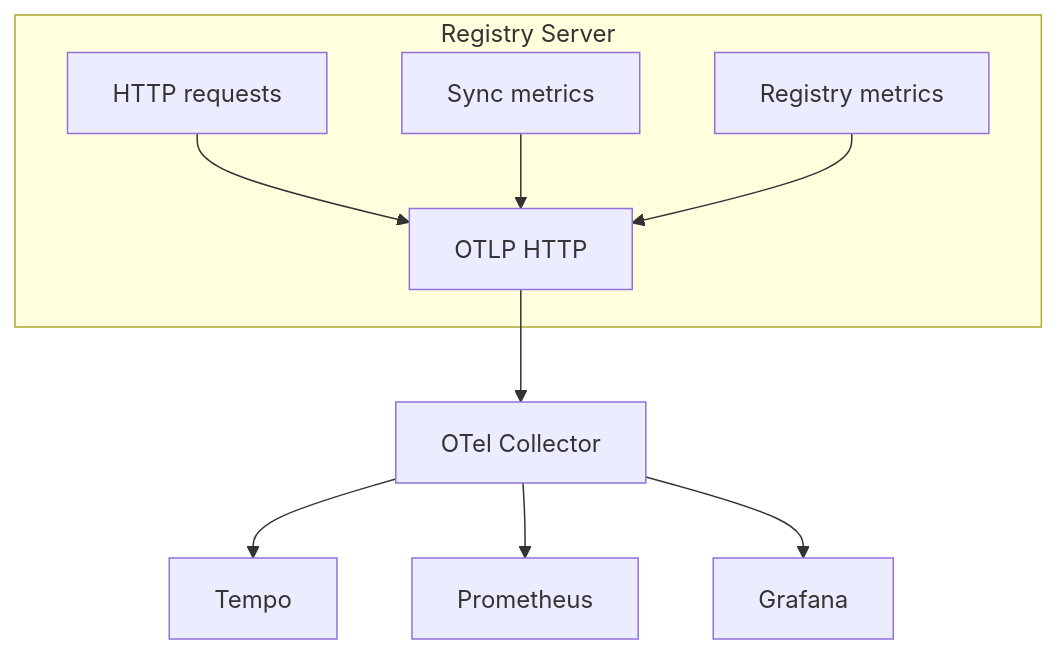
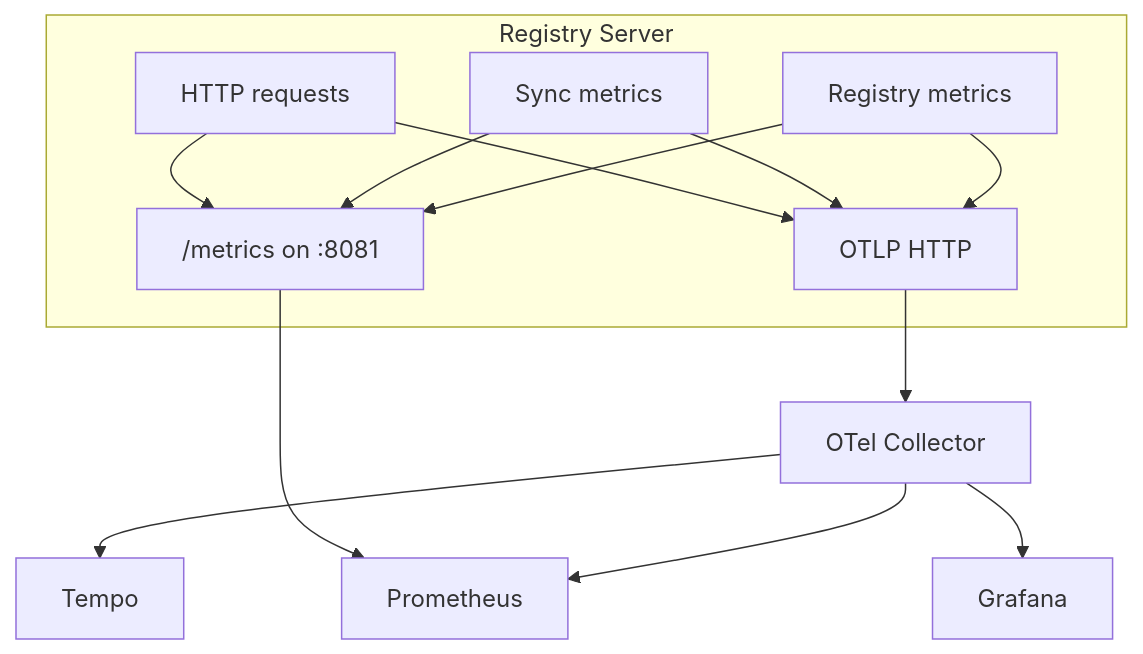
The diagram in docs/toolhive/guides-registry/telemetry-metrics.mdx (stacklok/docs-website), drawn with Mermaid before and after one commit. The commit also changed other lines of this file and 10 other files, not shown here.

````diff
--- a/docs/toolhive/guides-registry/telemetry-metrics.mdx
+++ b/docs/toolhive/guides-registry/telemetry-metrics.mdx
@@ -18,16 +20,18 @@
 ```mermaid
 flowchart TB
     subgraph server["Registry Server"]
         http["HTTP requests"]
         sync["Sync metrics"]
         registry["Registry metrics"]
 
         http & sync & registry --> otlp["OTLP HTTP"]
+        http & sync & registry --> scrape["/metrics on :8081"]
     end
 
     otlp --> collector["OTel Collector"]
+    scrape --> prometheus["Prometheus"]
 
     collector --> tempo["Tempo"]
-    collector --> prometheus["Prometheus"]
+    collector --> prometheus
     collector --> grafana["Grafana"]
 ```
````
